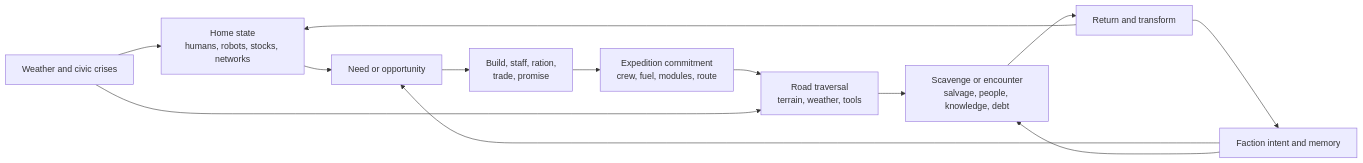
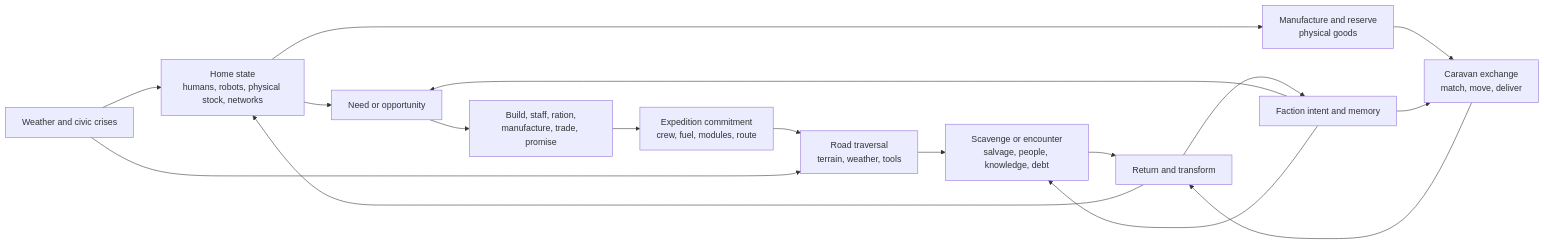
Before and after one commit to AC-21/sasha-the-land-pirate: the diagram in docs/foundation-v0.1/02-SYSTEM-MAP.md, drawn with Mermaid. The commit also changed other lines of this file and 20 other files, not shown here.

````diff
--- a/docs/foundation-v0.1/02-SYSTEM-MAP.md
+++ b/docs/foundation-v0.1/02-SYSTEM-MAP.md
@@ -8,15 +8,19 @@
 ```mermaid
 flowchart LR
-    H["Home state<br/>humans, robots, stocks, networks"] --> N["Need or opportunity"]
-    N --> P["Build, staff, ration,<br/>trade, promise"]
+    H["Home state<br/>humans, robots, physical stock, networks"] --> N["Need or opportunity"]
+    N --> P["Build, staff, ration,<br/>manufacture, trade, promise"]
     P --> E["Expedition commitment<br/>crew, fuel, modules, route"]
     E --> R["Road traversal<br/>terrain, weather, tools"]
     R --> X["Scavenge or encounter<br/>salvage, people, knowledge, debt"]
     X --> T["Return and transform"]
     T --> H
     F["Faction intent and memory"] --> N
     F --> X
     T --> F
     C["Weather and civic crises"] --> H
     C --> R
+    H --> M["Manufacture and reserve<br/>physical goods"]
+    M --> B["Caravan exchange<br/>match, move, deliver"]
+    B --> T
+    F --> B
 ```
````
